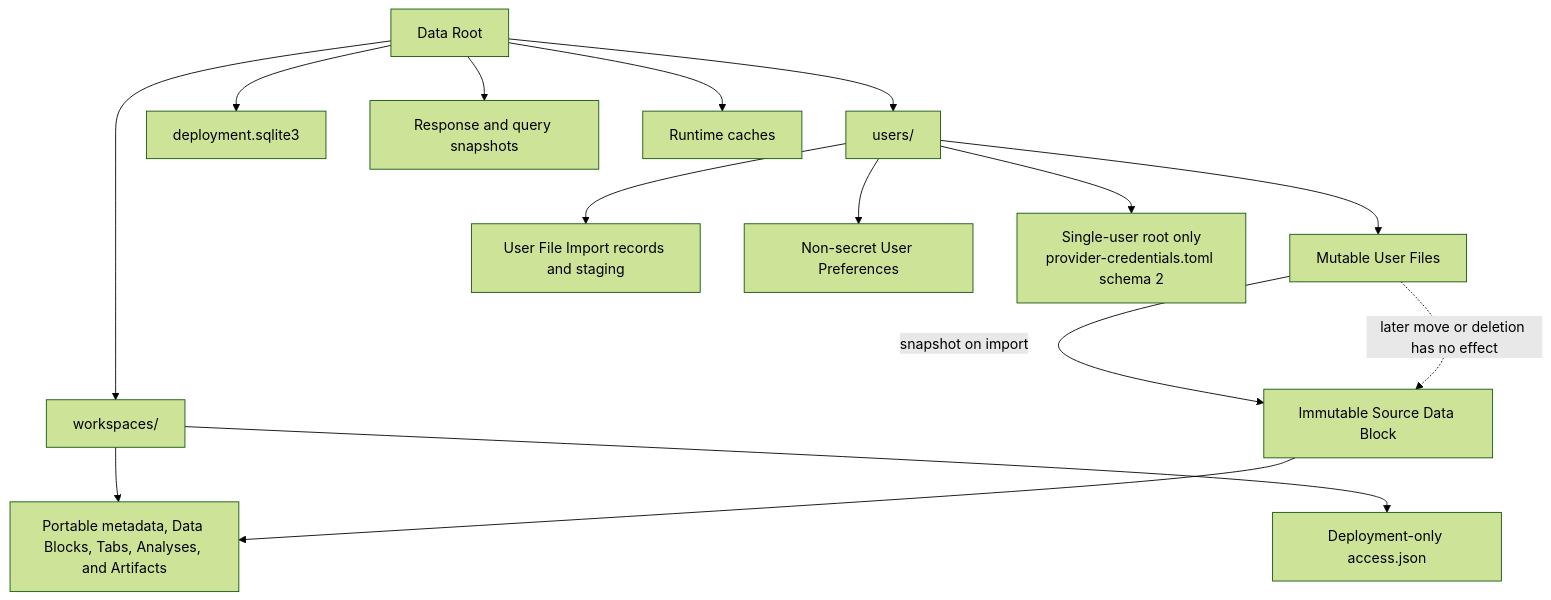
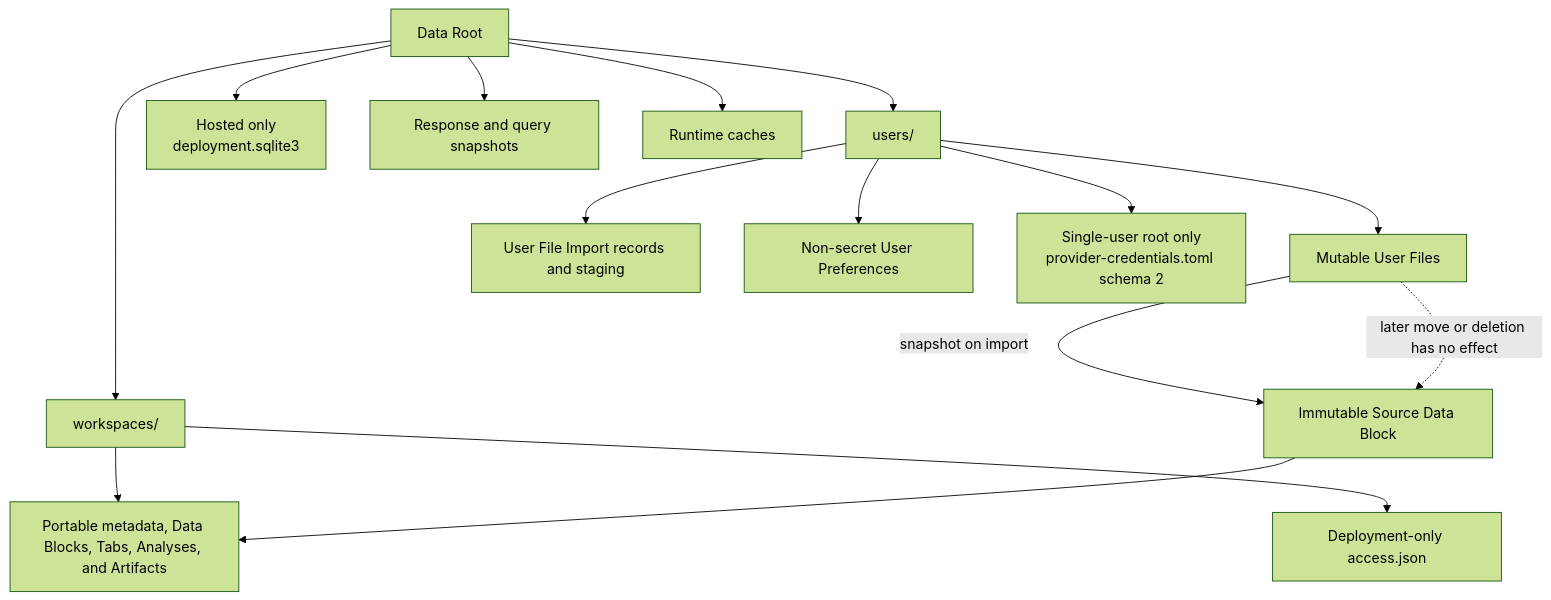
One commit to Australian-Text-Analytics-Platform/ldaca_web_app changed the diagram in docs/domain/files-and-storage.md. Above: the diagram before and after it, drawn with Mermaid (forest theme). The commit also changed other lines of this file and 14 other files, not shown here.

````diff
--- a/docs/domain/files-and-storage.md
+++ b/docs/domain/files-and-storage.md
@@ -35,18 +36,18 @@
 ```mermaid
 flowchart TB
     ROOT["Data Root"] --> USERS["users/<user-id>"]
     ROOT --> WORKSPACES["workspaces/<workspace-id>"]
-    ROOT --> AUTH["deployment.sqlite3"]
+    ROOT --> AUTH["Hosted only<br/>deployment.sqlite3"]
     ROOT --> SNAPSHOTS["Response and query snapshots"]
     ROOT --> CACHE["Runtime caches"]
 
     USERS --> FILES["Mutable User Files"]
     USERS --> IMPORTS["User File Import records and staging"]
     USERS --> PREFERENCES["Non-secret User Preferences"]
     USERS --> ROOT_CREDENTIALS["Single-user root only<br/>provider-credentials.toml schema 2"]
     WORKSPACES --> ACCESS["Deployment-only access.json"]
     WORKSPACES --> PORTABLE["Portable metadata, Data Blocks, Tabs, Analyses, and Artifacts"]
     FILES -->|"snapshot on import"| SOURCE["Immutable Source Data Block"]
     SOURCE --> PORTABLE
     FILES -. "later move or deletion has no effect" .-> SOURCE
 ```
````
